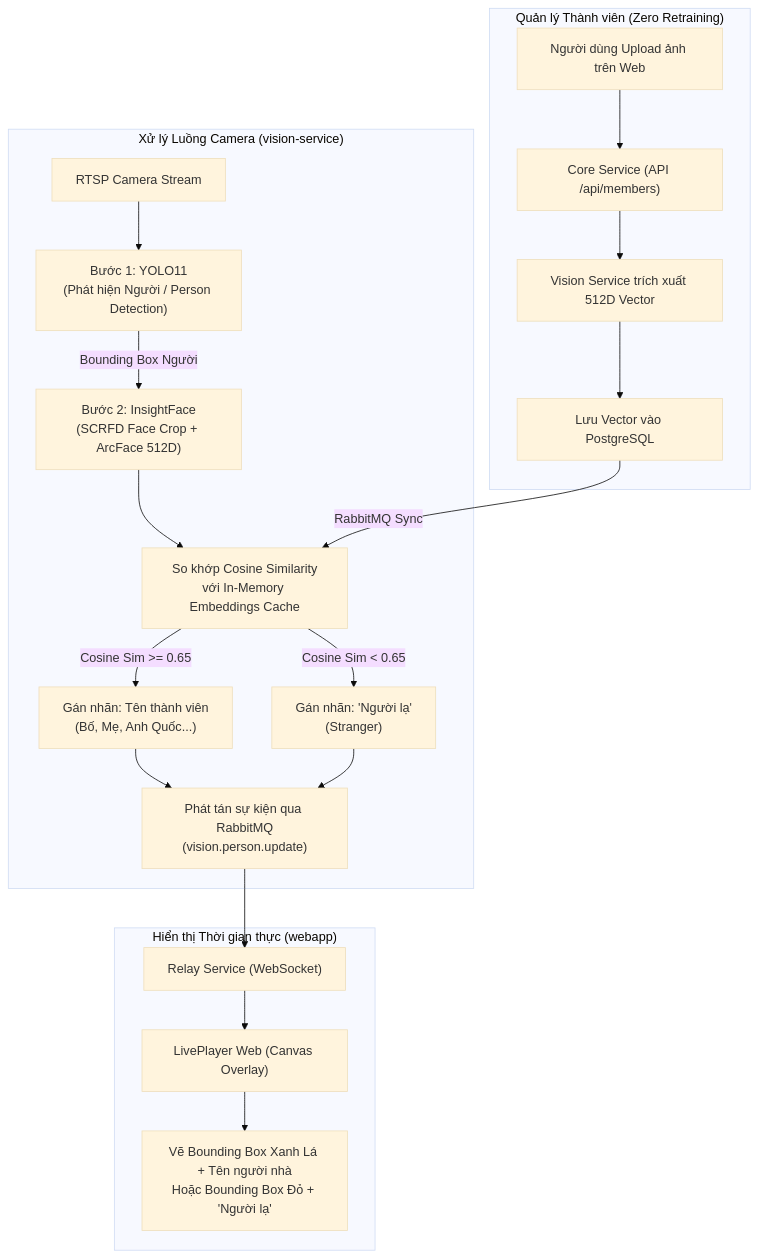
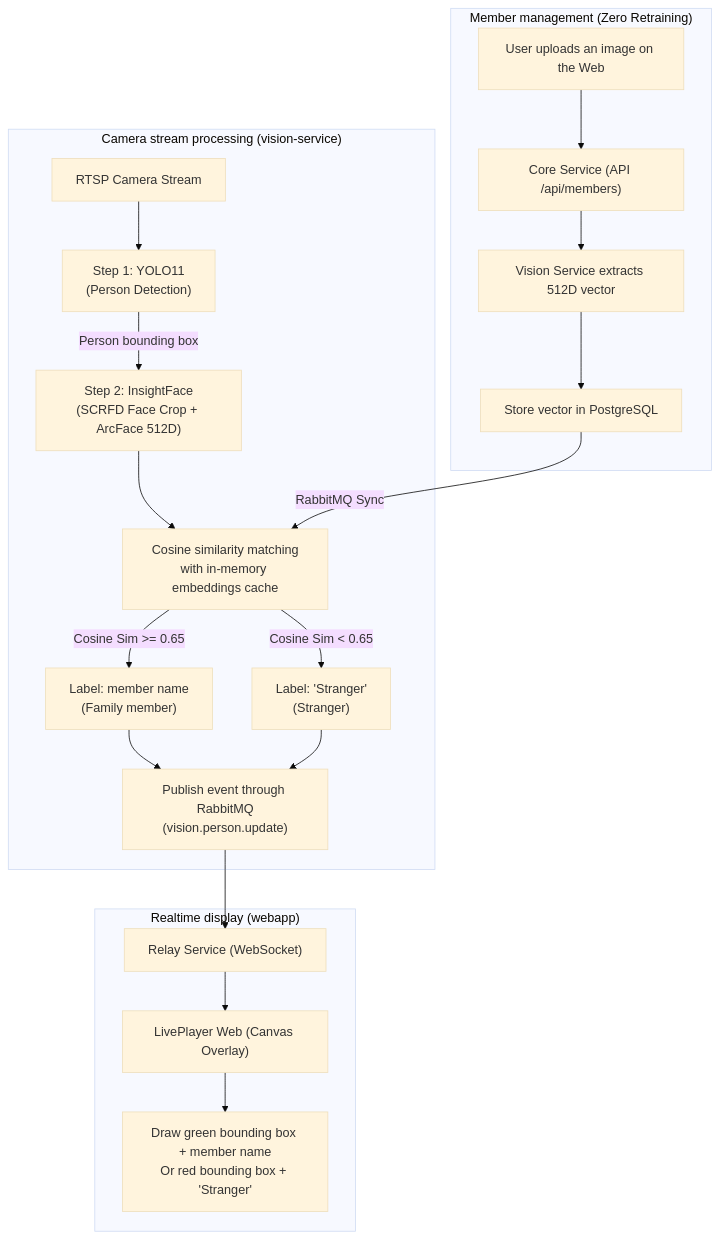
One commit to HubSight/hubsight changed the first of 2 diagrams in docs/FACE_RECOGNITION_INSIGHTFACE_PLAN.md. Above: the diagram before and after it, drawn with Mermaid (base theme). The commit also changed other lines of this file and 11 other files, not shown here.

````diff
--- a/docs/FACE_RECOGNITION_INSIGHTFACE_PLAN.md
+++ b/docs/FACE_RECOGNITION_INSIGHTFACE_PLAN.md
@@ -13,24 +13,24 @@
 ```mermaid
 flowchart TD
-    subgraph Stream_Processing["Xử lý Luồng Camera (vision-service)"]
-        A["RTSP Camera Stream"] --> B["Bước 1: YOLO11\n(Phát hiện Người / Person Detection)"]
-        B -->|Bounding Box Người| C["Bước 2: InsightFace\n(SCRFD Face Crop + ArcFace 512D)"]
-        C --> D["So khớp Cosine Similarity\nvới In-Memory Embeddings Cache"]
-        D -->|Cosine Sim >= 0.65| E["Gán nhãn: Tên thành viên\n(Bố, Mẹ, Anh Quốc...)"]
-        D -->|Cosine Sim < 0.65| F["Gán nhãn: 'Người lạ'\n(Stranger)"]
-        E & F --> G["Phát tán sự kiện qua RabbitMQ\n(vision.person.update)"]
+    subgraph Stream_Processing["Camera stream processing (vision-service)"]
+        A["RTSP Camera Stream"] --> B["Step 1: YOLO11\n(Person Detection)"]
+        B -->|Person bounding box| C["Step 2: InsightFace\n(SCRFD Face Crop + ArcFace 512D)"]
+        C --> D["Cosine similarity matching\nwith in-memory embeddings cache"]
+        D -->|Cosine Sim >= 0.65| E["Label: member name\n(Family member)"]
+        D -->|Cosine Sim < 0.65| F["Label: 'Stranger'\n(Stranger)"]
+        E & F --> G["Publish event through RabbitMQ\n(vision.person.update)"]
     end
 
-    subgraph Realtime_Display["Hiển thị Thời gian thực (webapp)"]
+    subgraph Realtime_Display["Realtime display (webapp)"]
         G --> H["Relay Service (WebSocket)"]
         H --> I["LivePlayer Web (Canvas Overlay)"]
-        I --> J["Vẽ Bounding Box Xanh Lá + Tên người nhà\nHoặc Bounding Box Đỏ + 'Người lạ'"]
+        I --> J["Draw green bounding box + member name\nOr red bounding box + 'Stranger'"]
     end
 
-    subgraph Dynamic_Enrollment["Quản lý Thành viên (Zero Retraining)"]
-        K["Người dùng Upload ảnh trên Web"] --> L["Core Service (API /api/members)"]
-        L --> M["Vision Service trích xuất 512D Vector"]
-        M --> N["Lưu Vector vào PostgreSQL"]
+    subgraph Dynamic_Enrollment["Member management (Zero Retraining)"]
+        K["User uploads an image on the Web"] --> L["Core Service (API /api/members)"]
+        L --> M["Vision Service extracts 512D vector"]
+        M --> N["Store vector in PostgreSQL"]
         N -->|RabbitMQ Sync| D
     end
 ```
````
